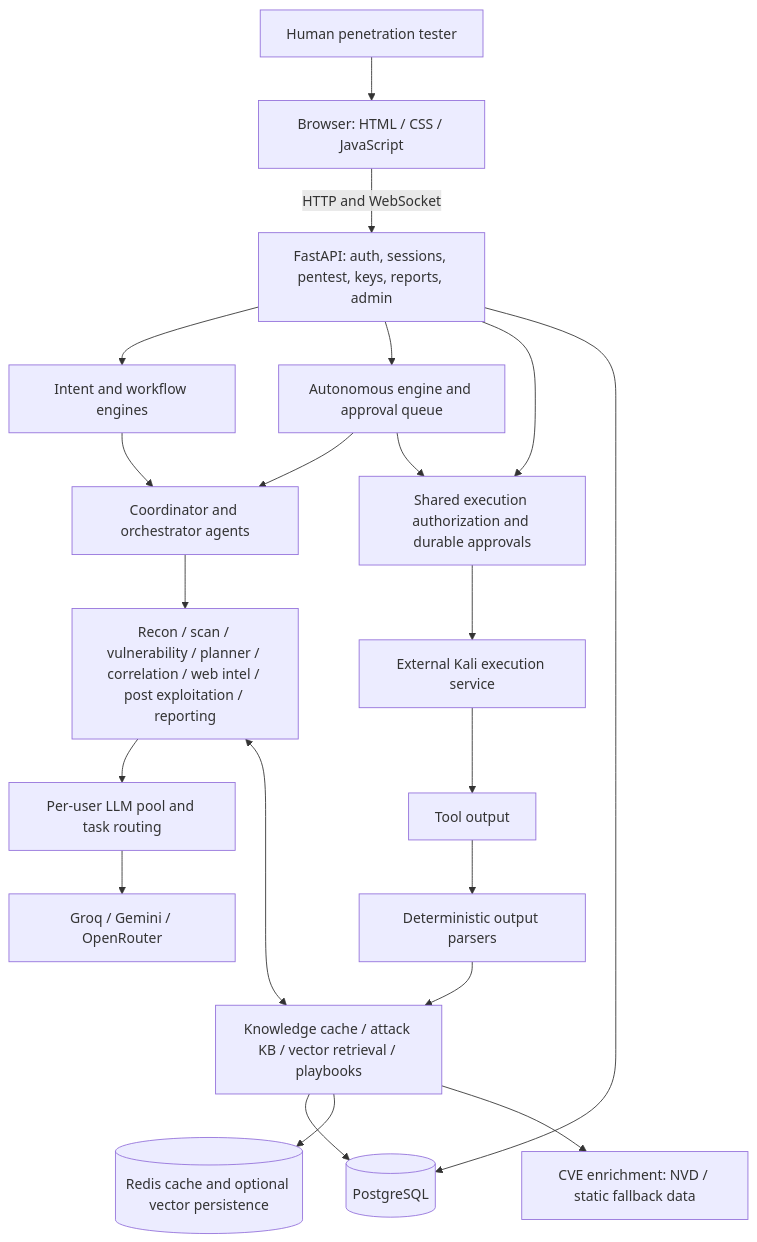
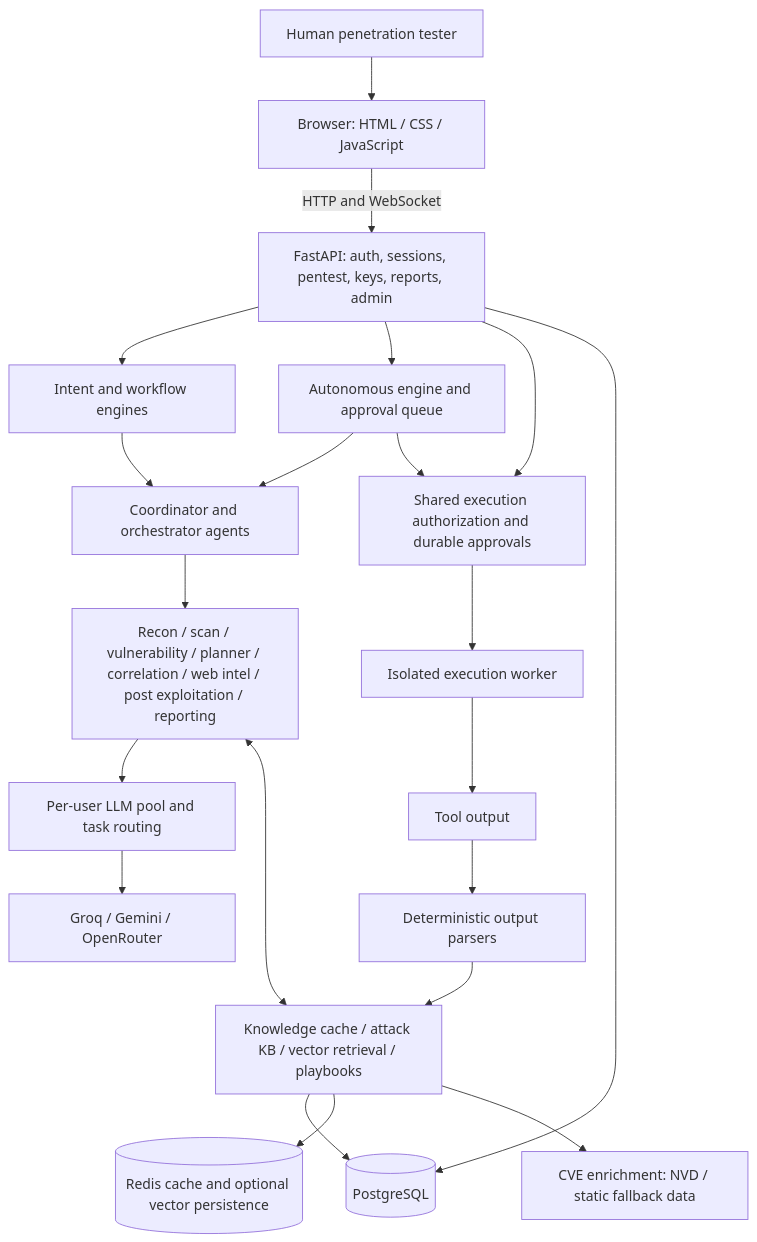
One commit to Hrr-Yassin/ARIA changed the first of 2 diagrams in README.md. Above: the diagram before and after it, drawn with Mermaid. The commit also changed other lines of this file and 92 other files, not shown here.

Commit message:
Upgrade ARIA worker and research workflows; add product roadmap

````diff
--- a/README.md
+++ b/README.md
@@ -11,23 +11,23 @@
 ```mermaid
 flowchart TD
     Human[Human penetration tester] --> UI[Browser: HTML / CSS / JavaScript]
     UI -->|HTTP and WebSocket| API[FastAPI: auth, sessions, pentest, keys, reports, admin]
     API --> Intent[Intent and workflow engines]
     Intent --> Coordinator[Coordinator and orchestrator agents]
     Coordinator --> Specialists[Recon / scan / vulnerability / planner / correlation / web intel / post exploitation / reporting]
     Specialists --> Pool[Per-user LLM pool and task routing]
     Pool --> Providers[Groq / Gemini / OpenRouter]
     Specialists <--> Memory[Knowledge cache / attack KB / vector retrieval / playbooks]
     API --> Auto[Autonomous engine and approval queue]
     Auto --> Coordinator
     API --> Gate[Shared execution authorization and durable approvals]
     Auto --> Gate
-    Gate --> Kali[External Kali execution service]
+    Gate --> Kali[Isolated execution worker]
     Kali --> Results[Tool output]
     Results --> Parsers[Deterministic output parsers]
     Parsers --> Memory
     API --> SQL[(PostgreSQL)]
     Memory --> SQL
     Memory --> Redis[(Redis cache and optional vector persistence)]
     Memory --> CVE[CVE enrichment: NVD / static fallback data]
 ```
````
